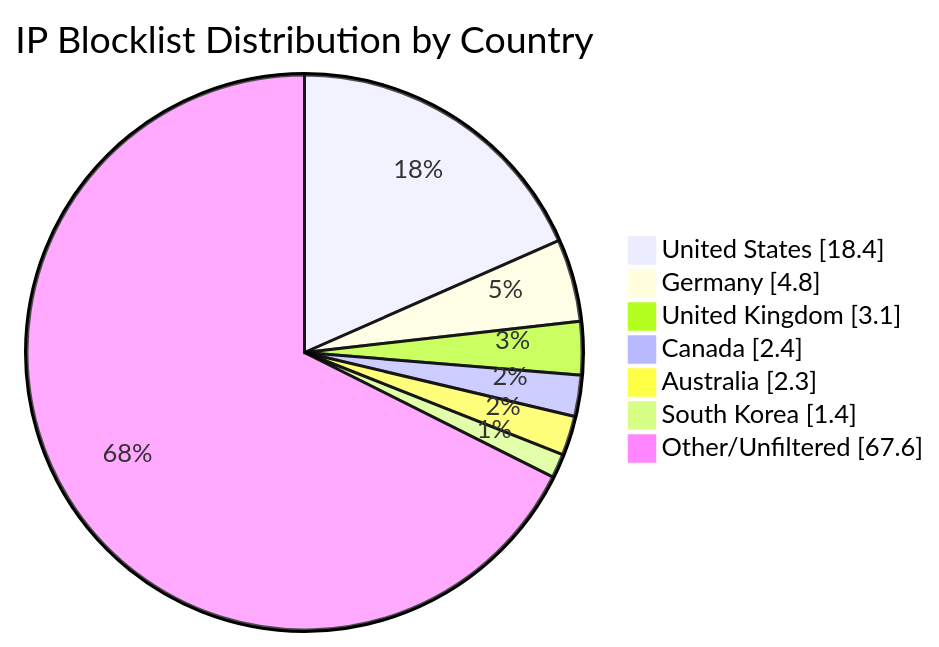
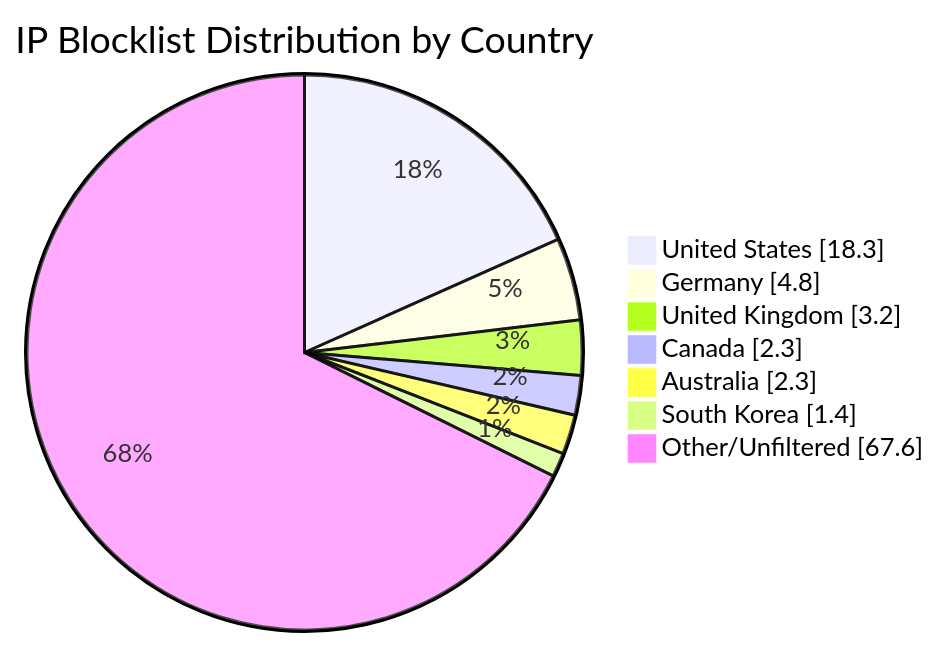
Before and after one commit to MarcusHoltz/ipblocklist-geofiltered-aggregator: the diagram in README.md, drawn with Mermaid. The commit also changed other lines of this file and 9 other files, not shown here.

````diff
--- a/README.md
+++ b/README.md
@@ -34,10 +34,10 @@
 ```mermaid
 pie showData title IP Blocklist Distribution by Country
-"United States" : 18.4
+"United States" : 18.3
 "Germany" : 4.8
-"United Kingdom" : 3.1
-"Canada" : 2.4
+"United Kingdom" : 3.2
+"Canada" : 2.3
 "Australia" : 2.3
 "South Korea" : 1.4
 "Other/Unfiltered" : 67.6
 ```
````
